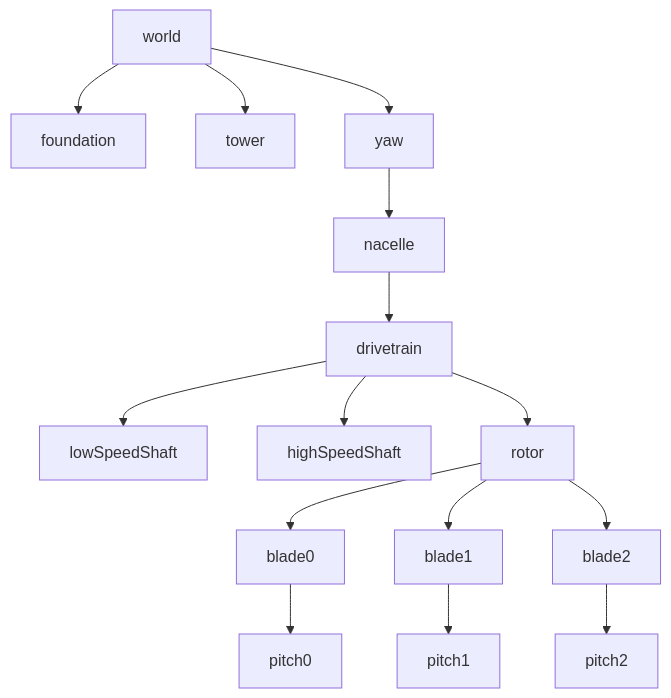
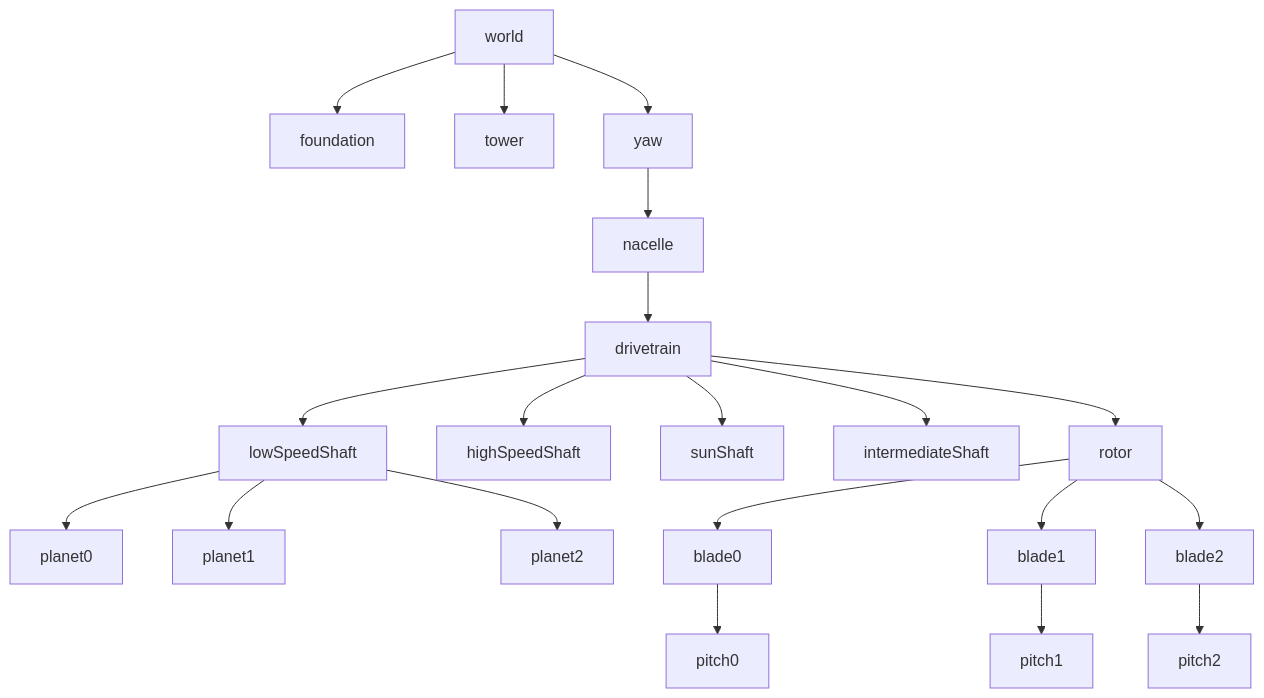
Before and after one commit to lulukiwkiw-prog/wind-turbine-lab: the first of 3 diagrams in docs/connections.md, drawn with Mermaid. The commit also changed other lines of this file and 45 other files, not shown here.

````diff
--- a/docs/connections.md
+++ b/docs/connections.md
@@ -9,17 +9,22 @@
 ```mermaid
 graph TD
   world --> foundation
   world --> tower
   world --> yaw
   yaw --> nacelle
   nacelle --> drivetrain
   drivetrain --> lowSpeedShaft
   drivetrain --> highSpeedShaft
+  drivetrain --> sunShaft
+  drivetrain --> intermediateShaft
+  lowSpeedShaft --> planet0
+  lowSpeedShaft --> planet1
+  lowSpeedShaft --> planet2
   drivetrain --> rotor
   rotor --> blade0
   rotor --> blade1
   rotor --> blade2
   blade0 --> pitch0
   blade1 --> pitch1
   blade2 --> pitch2
 ```
````
